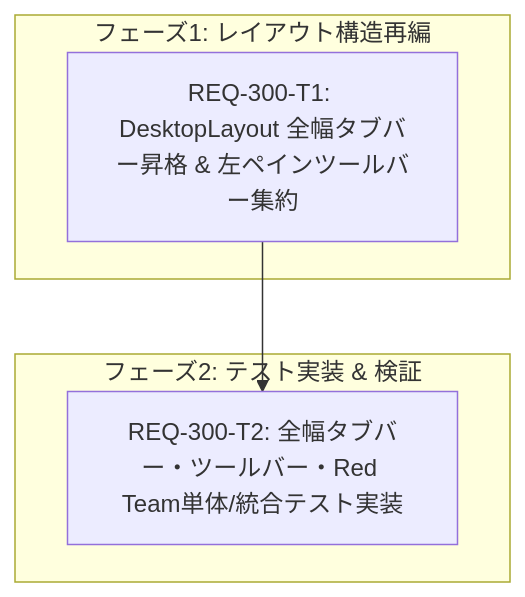
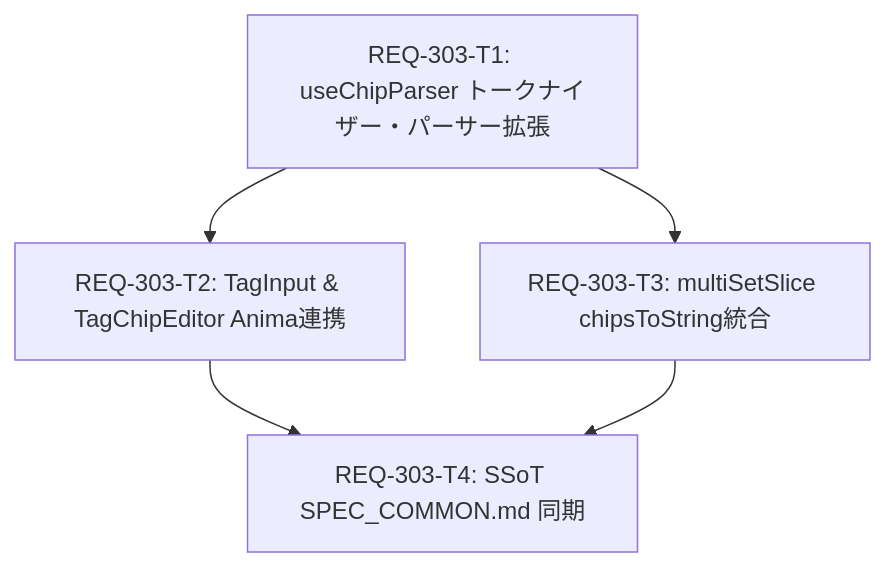
One commit to TAKE4548/comfy-create-helper2 changed the diagram in implementation_plan.md. Above: the diagram before and after it, drawn with Mermaid. The commit also changed other lines of this file and 18 other files, not shown here.

Commit message:
feat(REQ-303): complete implementation and verification

````diff
--- a/implementation_plan.md
+++ b/implementation_plan.md
@@ -24,12 +64,7 @@
 ```mermaid
 graph TD
-  subgraph Phase1_Layout["フェーズ1: レイアウト構造再編"]
-    T1["REQ-300-T1: DesktopLayout 全幅タブバー昇格 & 左ペインツールバー集約"]
-  end
-
-  subgraph Phase2_TestVerification["フェーズ2: テスト実装 & 検証"]
-    T2["REQ-300-T2: 全幅タブバー・ツールバー・Red Team単体/統合テスト実装"]
-  end
-
-  T1 --> T2
+  REQ-303-T1["REQ-303-T1: useChipParser トークナイザー・パーサー拡張"] --> REQ-303-T2["REQ-303-T2: TagInput & TagChipEditor Anima連携"]
+  REQ-303-T1 --> REQ-303-T3["REQ-303-T3: multiSetSlice chipsToString統合"]
+  REQ-303-T2 --> REQ-303-T4["REQ-303-T4: SSoT SPEC_COMMON.md 同期"]
+  REQ-303-T3 --> REQ-303-T4
 ```
````
